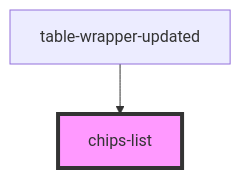
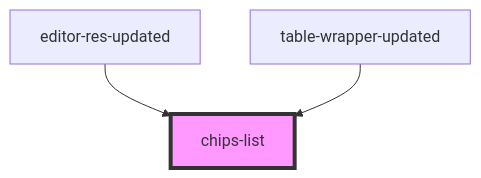
Before and after one commit to techvariable/NeptuneConnectComponents: the diagram in src/components/chips-list/readme.md, drawn with Mermaid. The commit also changed other lines of this file and 10 other files, not shown here.

````diff
--- a/src/components/chips-list/readme.md
+++ b/src/components/chips-list/readme.md
@@ -26,5 +27,6 @@
 ```mermaid
 graph TD;
+  editor-res-updated --> chips-list
   table-wrapper-updated --> chips-list
   style chips-list fill:#f9f,stroke:#333,stroke-width:4px
 ```
````
